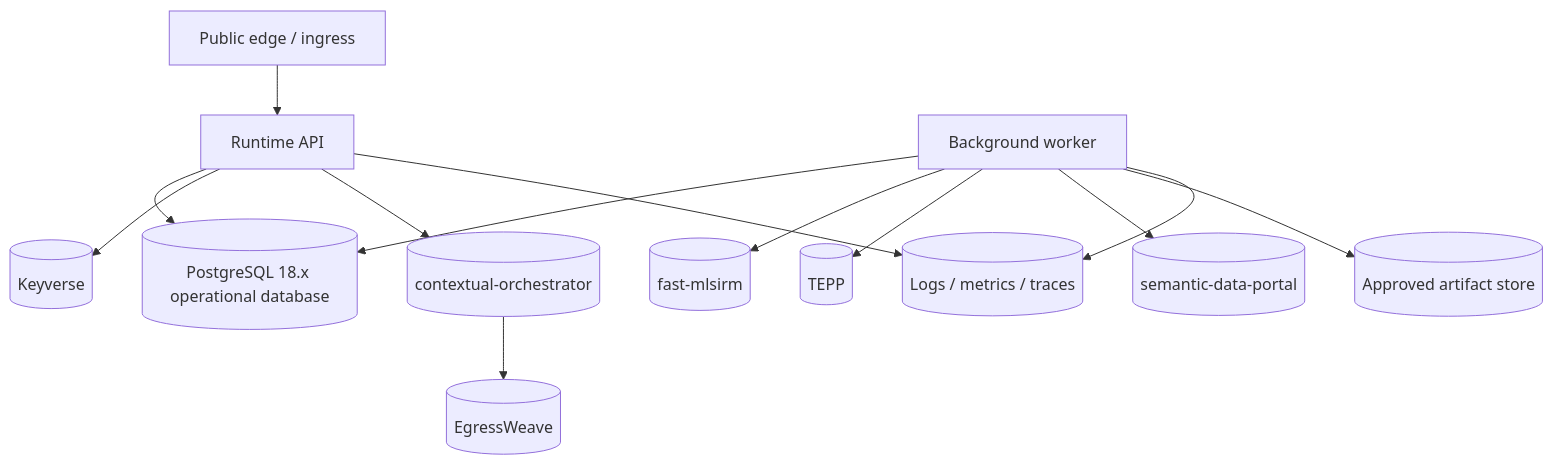
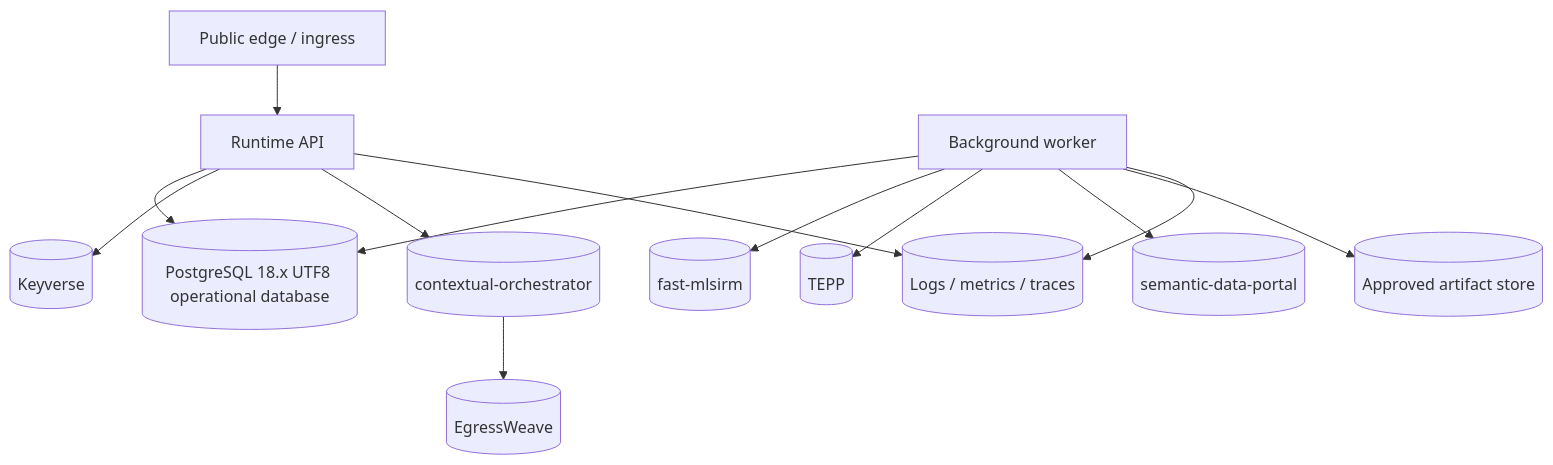
One commit to ContextualWisdomLab/psychometrics-commons changed the second of 2 diagrams in docs/architecture/DEPLOYMENT_AND_OPERATIONS.md. Above: the diagram before and after it, drawn with Mermaid. The commit also changed other lines of this file, not shown here.

Commit message:
docs(ops): record PostgreSQL UTF8 readiness contract

````diff
--- a/docs/architecture/DEPLOYMENT_AND_OPERATIONS.md
+++ b/docs/architecture/DEPLOYMENT_AND_OPERATIONS.md
@@ -38,28 +38,28 @@
 ```mermaid
 flowchart TB
     edge[Public edge / ingress]
     runtime[Runtime API]
     worker[Background worker]
-    db[(PostgreSQL 18.x operational database)]
+    db[(PostgreSQL 18.x UTF8 operational database)]
     artifacts[(Approved artifact store)]
     keyverse[(Keyverse)]
     fast[(fast-mlsirm)]
     tepp[(TEPP)]
     portal[(semantic-data-portal)]
     ai[(contextual-orchestrator)]
     egress[(EgressWeave)]
     telemetry[(Logs / metrics / traces)]
 
     edge --> runtime
     runtime --> db
     worker --> db
     runtime --> keyverse
     worker --> fast
     worker --> tepp
     worker --> portal
     runtime --> ai
     ai --> egress
     worker --> artifacts
     runtime --> telemetry
     worker --> telemetry
 ```
````
